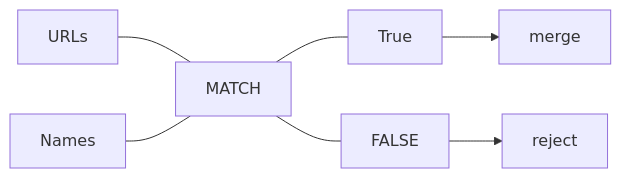
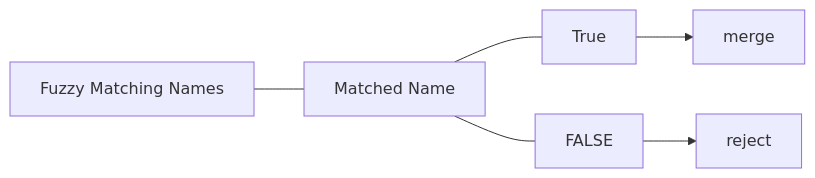
The second of 2 diagrams in README.md (AlbinTouma/media_source_collator), drawn with Mermaid before and after one commit. The commit also changed other lines of this file, not shown here.

````diff
--- a/README.md
+++ b/README.md
@@ -115,12 +118,10 @@
 ```mermaid
 graph LR;
 
-URLs --- MATCH 
+Names[Fuzzy Matching Names] --- MATCH 
 
-Names --- MATCH 
-
-MATCH --- True --> merge
+MATCH[Matched Name] --- True --> merge
 MATCH --- FALSE --> reject
 
 
 ```
````
